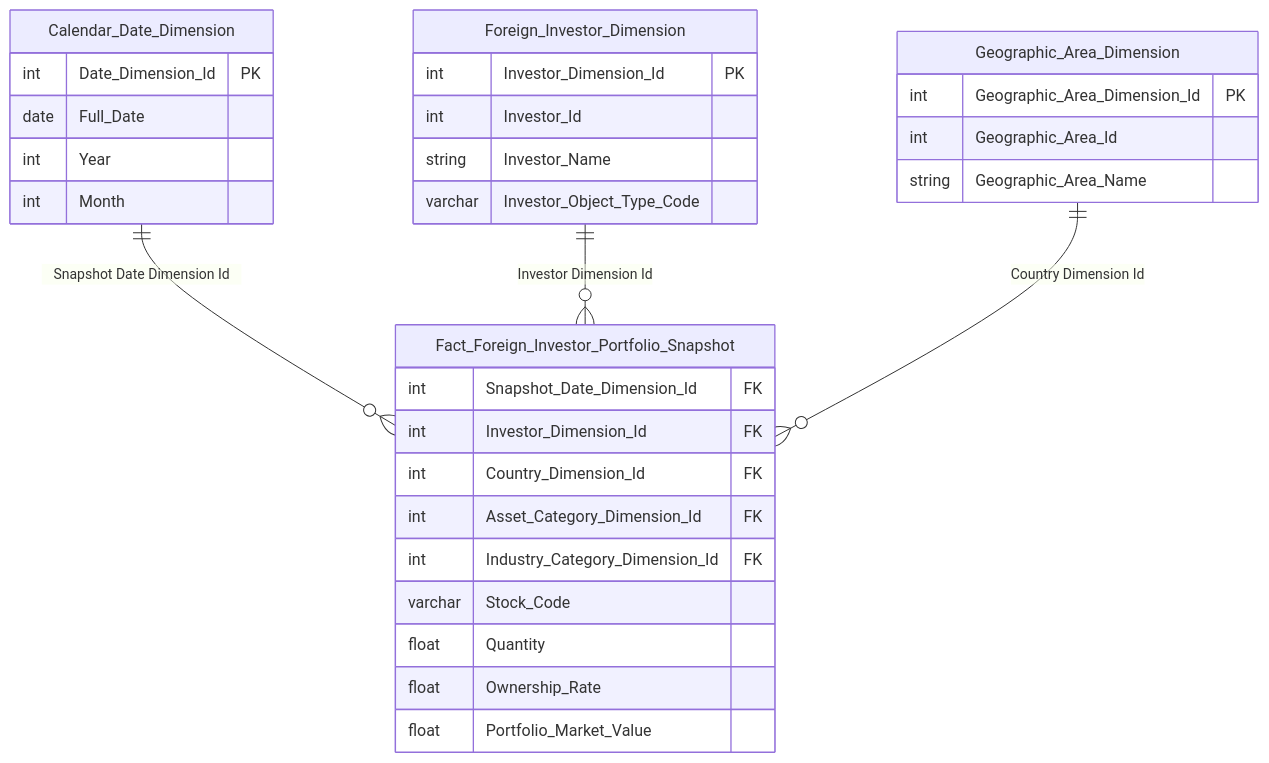
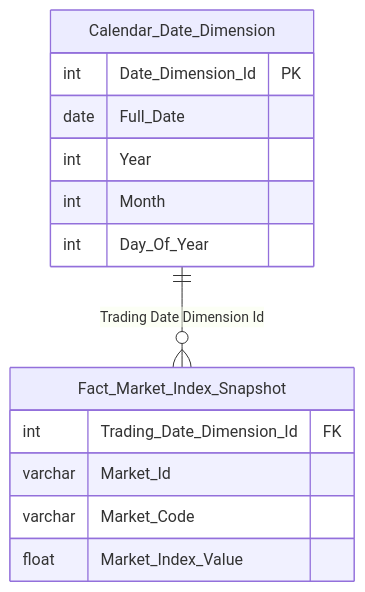
Diagram 12 of 28 in Datamart/hld/DTM_NDTNN_HLD.md (linhlvit/ubck_atomic_design), drawn with Mermaid before and after one commit. The commit also changed other lines of this file and 9 other files, not shown here.

````diff
--- a/Datamart/hld/DTM_NDTNN_HLD.md
+++ b/Datamart/hld/DTM_NDTNN_HLD.md
@@ -686,35 +576,18 @@
 ```mermaid
 erDiagram
     Calendar_Date_Dimension {
         int Date_Dimension_Id PK
         date Full_Date
         int Year
         int Month
+        int Day_Of_Year
     }
-    Foreign_Investor_Dimension {
-        int Investor_Dimension_Id PK
-        int Investor_Id
-        string Investor_Name
-        varchar Investor_Object_Type_Code
-    }
-    Geographic_Area_Dimension {
-        int Geographic_Area_Dimension_Id PK
-        int Geographic_Area_Id
-        string Geographic_Area_Name
-    }
-    Fact_Foreign_Investor_Portfolio_Snapshot {
-        int Snapshot_Date_Dimension_Id FK
-        int Investor_Dimension_Id FK
-        int Country_Dimension_Id FK
-        int Asset_Category_Dimension_Id FK
-        int Industry_Category_Dimension_Id FK
-        varchar Stock_Code
-        float Quantity
-        float Ownership_Rate
-        float Portfolio_Market_Value
+    Fact_Market_Index_Snapshot {
+        int Trading_Date_Dimension_Id FK
+        varchar Market_Id
+        varchar Market_Code
+        float Market_Index_Value
     }
 
-    Calendar_Date_Dimension ||--o{ Fact_Foreign_Investor_Portfolio_Snapshot : "Snapshot Date Dimension Id"
-    Foreign_Investor_Dimension ||--o{ Fact_Foreign_Investor_Portfolio_Snapshot : "Investor Dimension Id"
-    Geographic_Area_Dimension ||--o{ Fact_Foreign_Investor_Portfolio_Snapshot : "Country Dimension Id"
+    Calendar_Date_Dimension ||--o{ Fact_Market_Index_Snapshot : "Trading Date Dimension Id"
 ```
````
